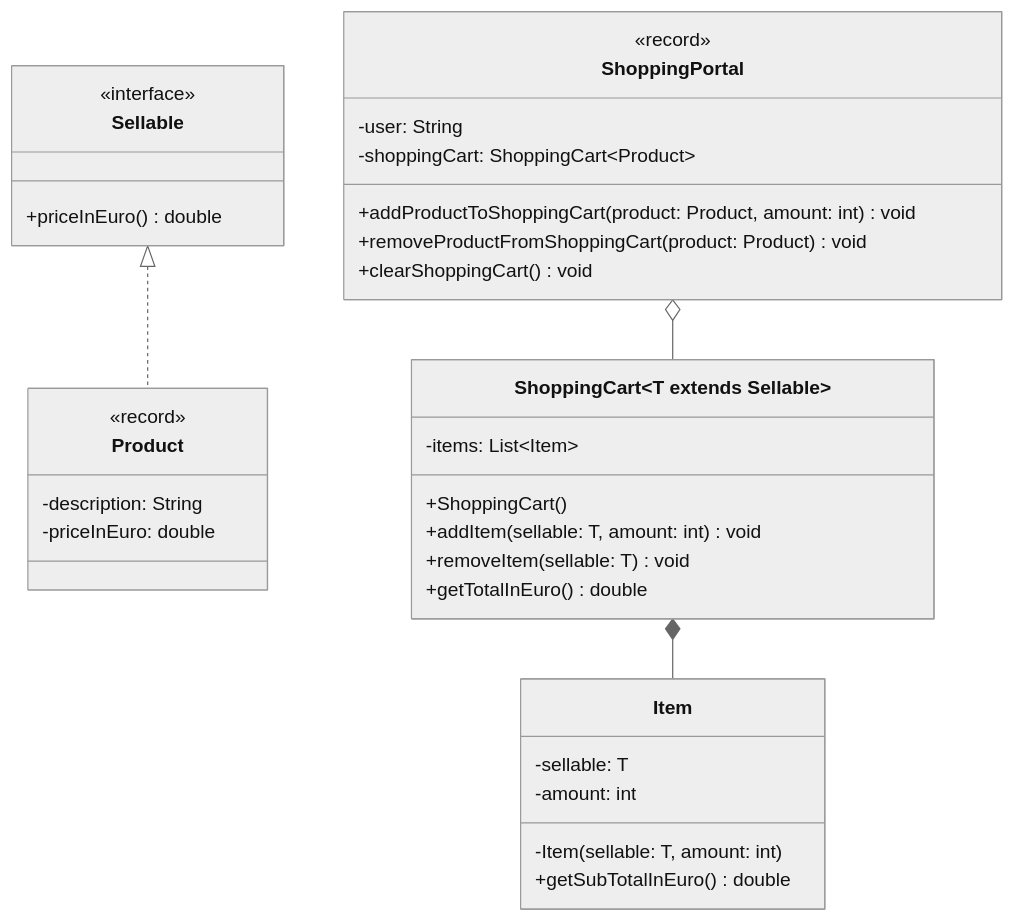
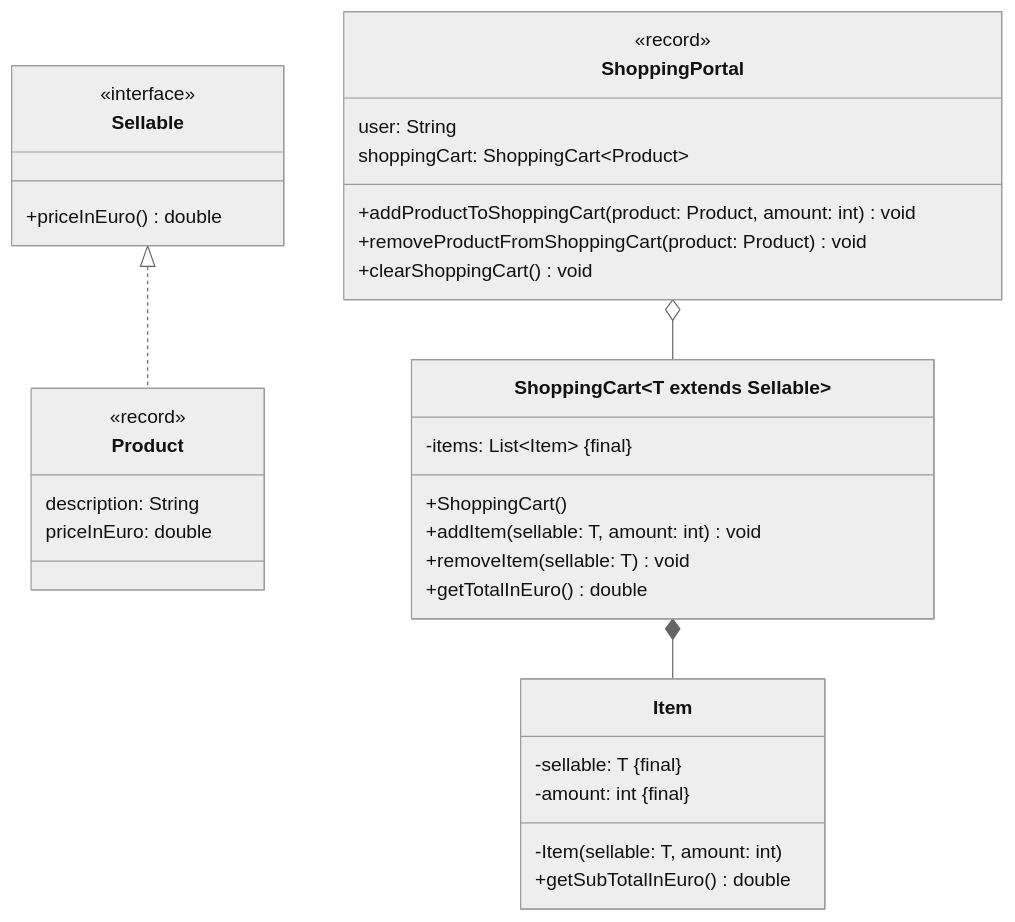
One commit to jappuccini/java-docs changed the diagram in docs/exam-exercises/exam-exercises-java2/shopping-portal.md. Above: the diagram before and after it, drawn with Mermaid (neutral theme). The commit also changed 24 other files, not shown here.

````diff
--- a/docs/exam-exercises/exam-exercises-java2/shopping-portal.md
+++ b/docs/exam-exercises/exam-exercises-java2/shopping-portal.md
@@ -12,41 +12,41 @@
 ```mermaid
 classDiagram
     Sellable <|.. Product
     ShoppingPortal o-- ShoppingCart~T extends Sellable~
     ShoppingCart *-- Item
 
     class ShoppingCart~T extends Sellable~ {
-        -items: List~Item~
+        -items: List~Item~ &#123final&#125
         +ShoppingCart()
         +addItem(sellable: T, amount: int) void
         +removeItem(sellable: T) void
         +getTotalInEuro() double
     }
 
     class Item {
-        -sellable: T
-        -amount: int
+        -sellable: T &#123final&#125
+        -amount: int &#123final&#125
         -Item(sellable: T, amount: int)
         +getSubTotalInEuro() double
     }
 
     class Sellable {
         <<interface>>
         +priceInEuro() double
     }
 
     class Product {
         <<record>>
-        -description: String
-        -priceInEuro: double
+        description: String
+        priceInEuro: double
     }
 
     class ShoppingPortal {
         <<record>>
-        -user: String
-        -shoppingCart: ShoppingCart~Product~
+        user: String
+        shoppingCart: ShoppingCart~Product~
         +addProductToShoppingCart(product: Product, amount: int) void
         +removeProductFromShoppingCart(product: Product) void
         +clearShoppingCart() void
     }
 ```
````
